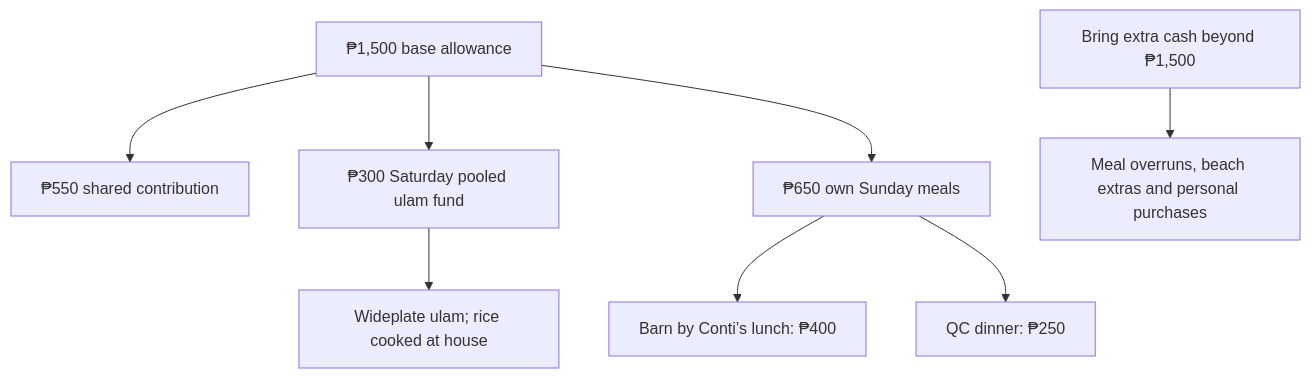
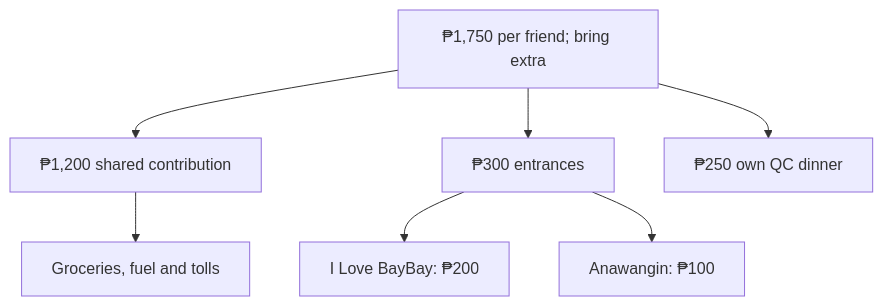
The diagram in assets/budget.mmd (itsmcliam/Birthday-Plan), drawn with Mermaid before and after one commit. The commit also changed 12 other files, not shown here.

Commit message:
Update Zambales beach, ATV and island itinerary with revised friend allocation

```diff
--- a/assets/budget.mmd
+++ b/assets/budget.mmd
@@ -1,8 +1,7 @@
 flowchart TD
-    A["₱1,500 base allowance"] --> B["₱550 shared contribution"]
-    A --> C["₱300 Saturday pooled ulam fund"]
-    A --> D["₱650 own Sunday meals"]
-    C --> E["Wideplate ulam; rice cooked at house"]
-    D --> F["Barn by Conti’s lunch: ₱400"]
-    D --> G["QC dinner: ₱250"]
-    H["Bring extra cash beyond ₱1,500"] --> I["Meal overruns, beach extras and personal purchases"]
+    A["₱1,750 per friend; bring extra"] --> B["₱1,200 shared contribution"]
+    A --> C["₱300 entrances"]
+    A --> D["₱250 own QC dinner"]
+    B --> E["Groceries, fuel and tolls"]
+    C --> F["I Love BayBay: ₱200"]
+    C --> G["Anawangin: ₱100"]
```
